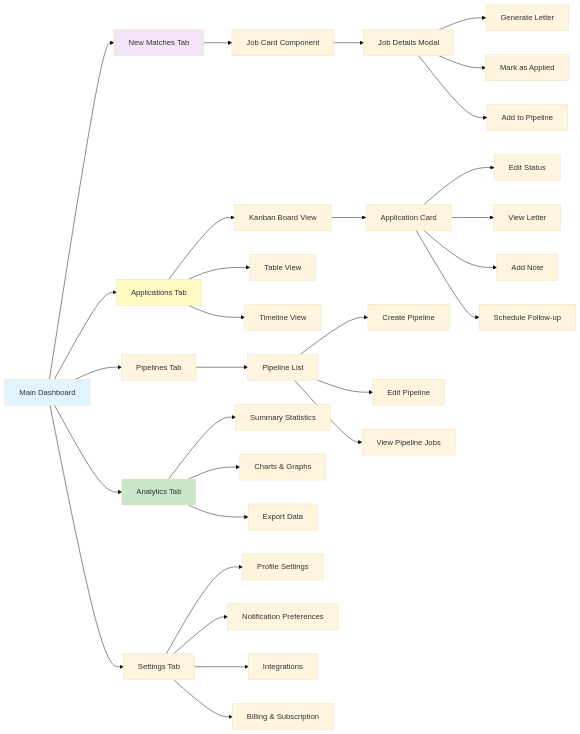
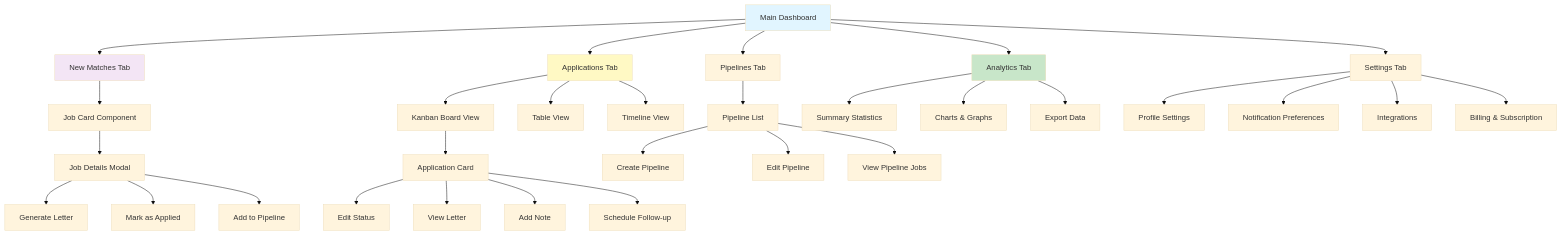
Before and after one commit to aminlahbib/JobFlow: the tenth of 17 diagrams in docs/user_flows_and_interaction_design.md, drawn with Mermaid (base theme).

Commit message:
docs: use TB orientation for dashboard navigation flow diagram

````diff
--- a/docs/user_flows_and_interaction_design.md
+++ b/docs/user_flows_and_interaction_design.md
@@ -425,43 +425,43 @@
 ```mermaid
-flowchart LR
+flowchart TB
     Dashboard[Main Dashboard] --> NewMatches[New Matches Tab]
     Dashboard --> Applications[Applications Tab]
     Dashboard --> Pipelines[Pipelines Tab]
     Dashboard --> Analytics[Analytics Tab]
     Dashboard --> Settings[Settings Tab]
     
     NewMatches --> JobCard[Job Card Component]
     JobCard --> JobDetails[Job Details Modal]
     JobDetails --> GenerateLetter[Generate Letter]
     JobDetails --> MarkApplied[Mark as Applied]
     JobDetails --> AddToPipeline[Add to Pipeline]
     
     Applications --> KanbanView[Kanban Board View]
     Applications --> TableView[Table View]
     Applications --> TimelineView[Timeline View]
     
     KanbanView --> ApplicationCard[Application Card]
     ApplicationCard --> EditStatus[Edit Status]
     ApplicationCard --> ViewLetter[View Letter]
     ApplicationCard --> AddNote[Add Note]
     ApplicationCard --> ScheduleFollowUp[Schedule Follow-up]
     
     Pipelines --> PipelineList[Pipeline List]
     PipelineList --> CreatePipeline[Create Pipeline]
     PipelineList --> EditPipeline[Edit Pipeline]
     PipelineList --> ViewPipelineJobs[View Pipeline Jobs]
     
     Analytics --> SummaryStats[Summary Statistics]
     Analytics --> Charts[Charts & Graphs]
     Analytics --> ExportData[Export Data]
     
     Settings --> Profile[Profile Settings]
     Settings --> Notifications[Notification Preferences]
     Settings --> Integrations[Integrations]
     Settings --> Billing[Billing & Subscription]
     
     style Dashboard fill:#e1f5ff
     style NewMatches fill:#f3e5f5
     style Applications fill:#fff9c4
     style Analytics fill:#c8e6c9
 ```
````
